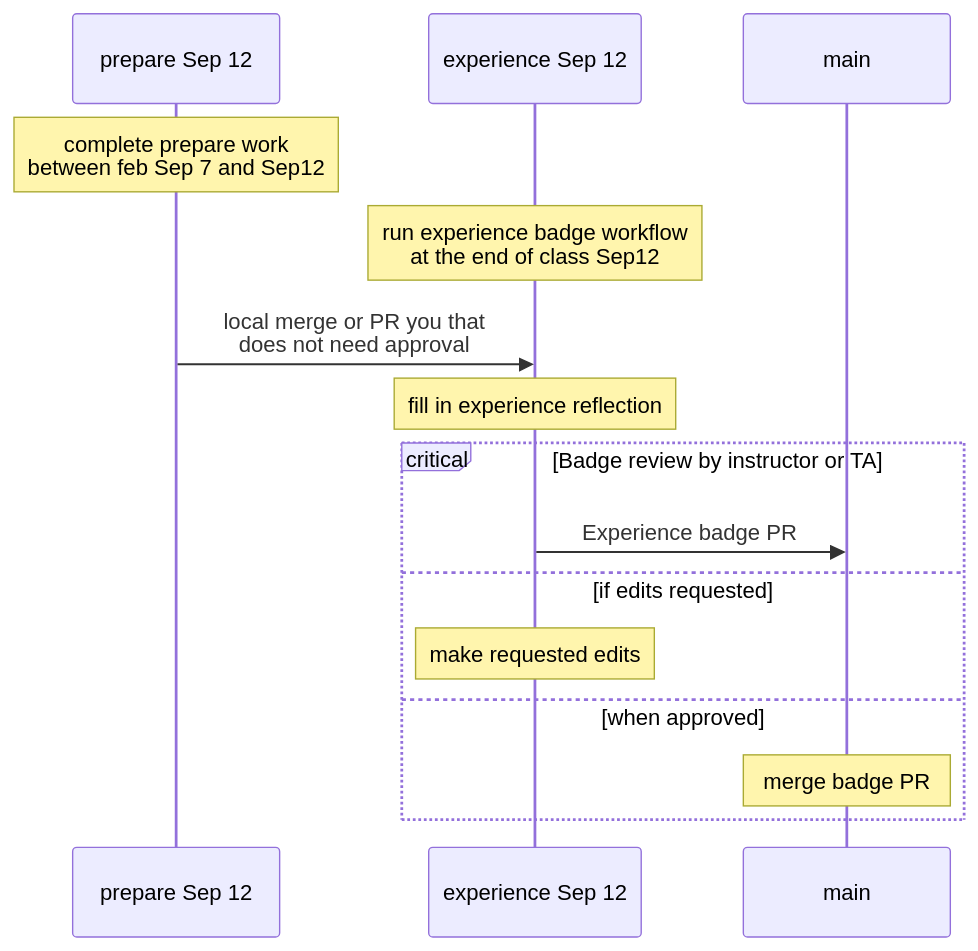
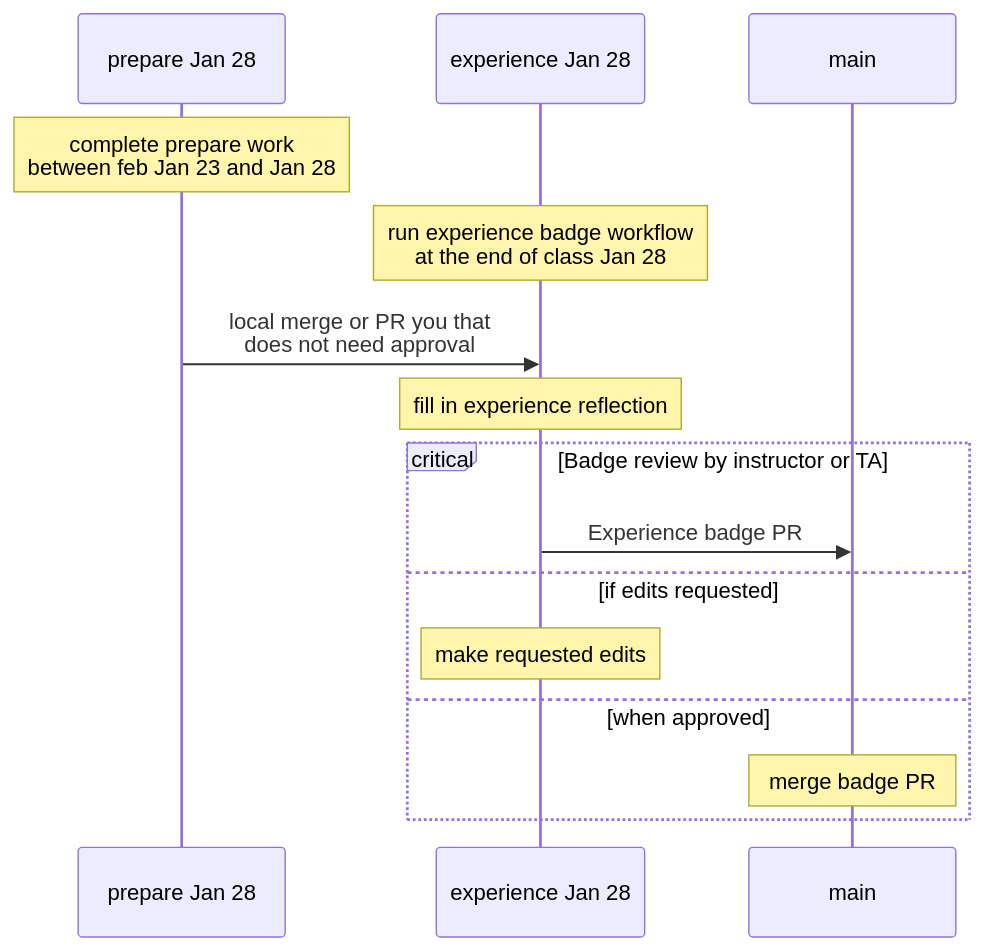
One commit to compsys-progtools/spring2025 changed the first of 7 diagrams in syllabus/badges.md. Above: the diagram before and after it, drawn with Mermaid. The commit also changed other lines of this file, not shown here.

Commit message:
Fixed badge dates in example

````diff
--- a/syllabus/badges.md
+++ b/syllabus/badges.md
@@ -227,17 +227,17 @@
 ```{mermaid}
 sequenceDiagram
-    participant P as prepare Sep 12
-    participant E as experience Sep 12
+    participant P as prepare Jan 28
+    participant E as experience Jan 28
     participant M as main 
-    note over P: complete prepare work<br/> between feb Sep 7 and Sep12
-    note over E: run experience badge workflow <br/> at the end of class Sep12
+    note over P: complete prepare work<br/> between feb Jan 23 and Jan 28
+    note over E: run experience badge workflow <br/> at the end of class Jan 28
     P ->> E: local merge or PR you that <br/> does not need approval
     note over E: fill in experience reflection 
     critical Badge review by instructor or TA
         E ->> M: Experience badge PR
     option if edits requested
         note over E: make requested edits
     option when approved 
         note over M: merge badge PR
     end
 ```
````
